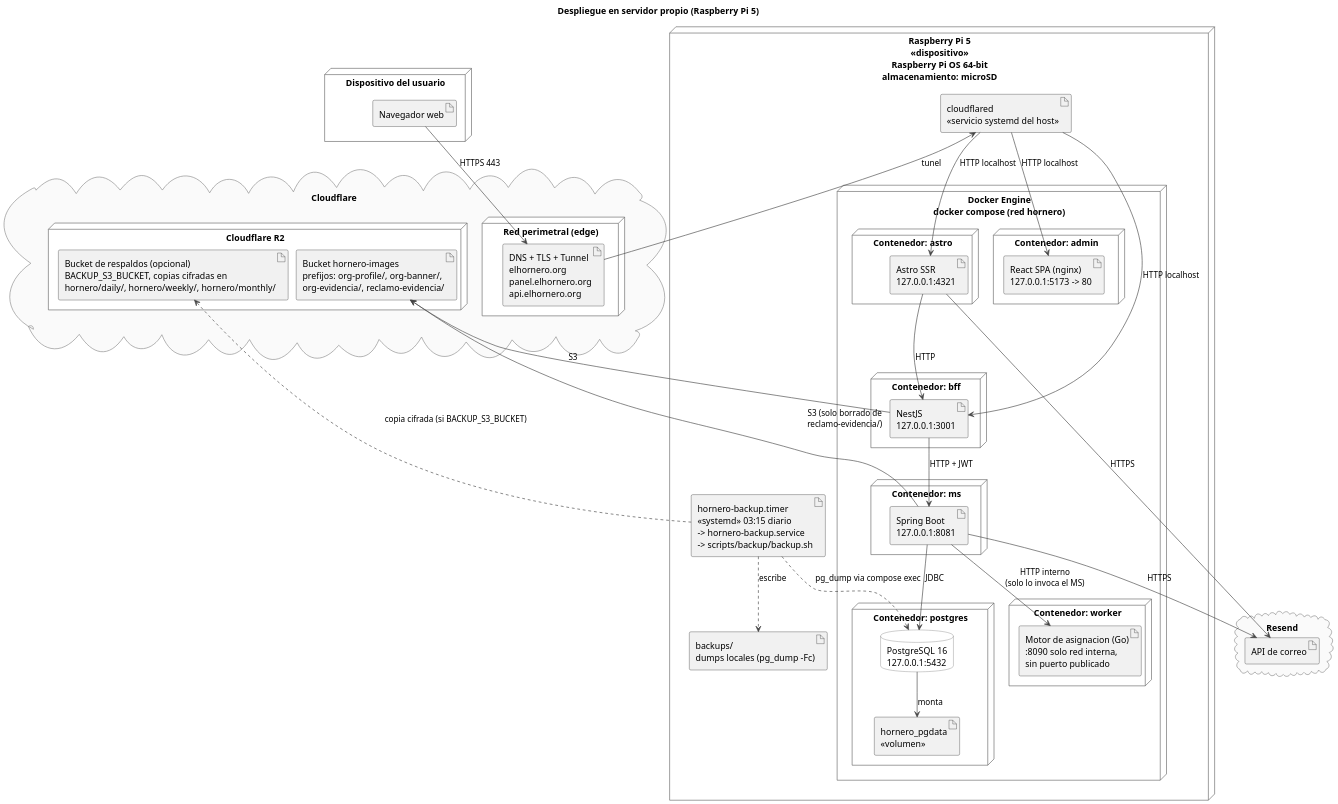
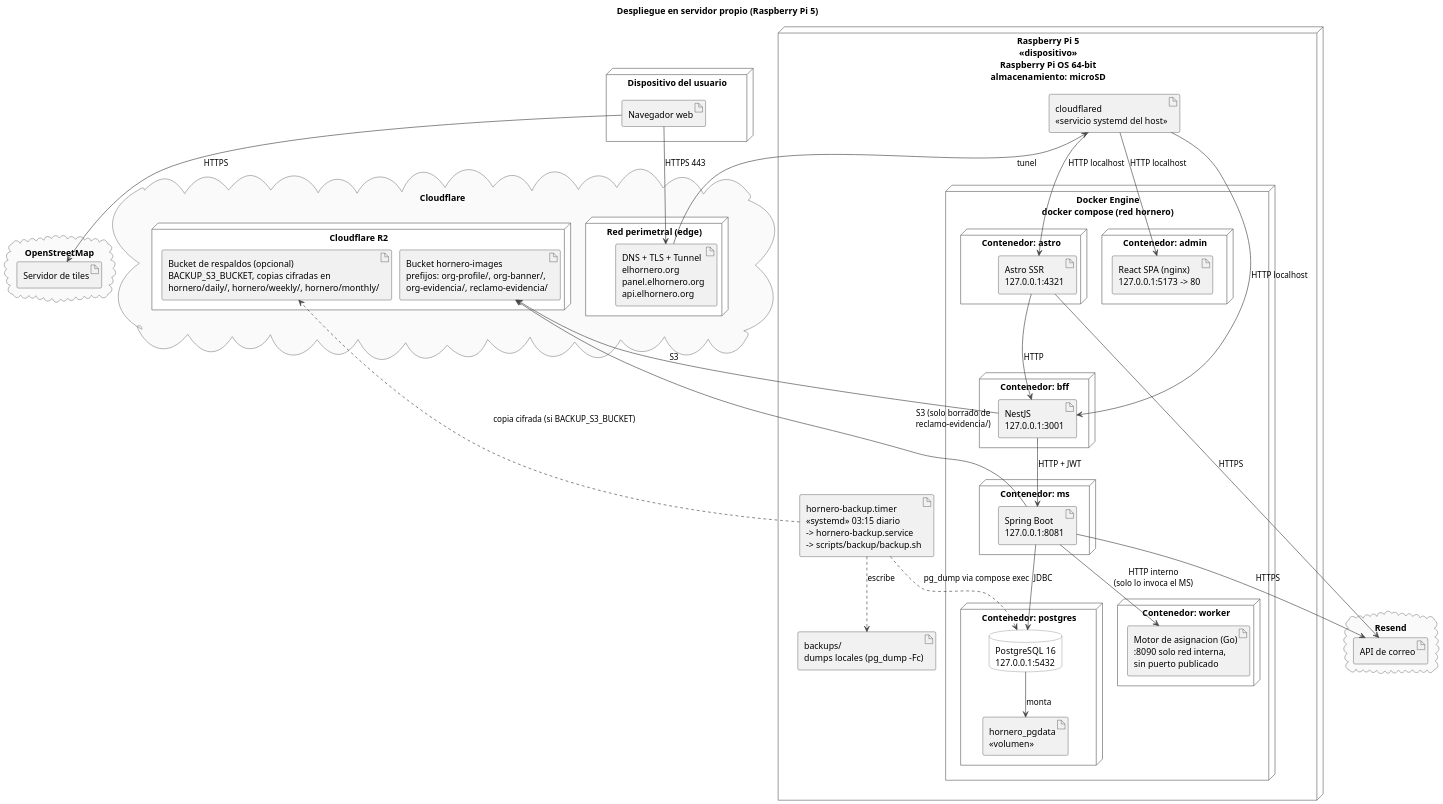
One commit to S21-Projects/hornero_monorepo changed the diagram in docs/tfg/diagramas/despliegue-rpi.puml. Above: the diagram before and after it, drawn with PlantUML. The commit also changed 7 other files, not shown here.

Commit message:
docs(tfg): add map tiles and evidence deletion to architecture diagrams

```diff
--- a/docs/tfg/diagramas/despliegue-rpi.puml
+++ b/docs/tfg/diagramas/despliegue-rpi.puml
@@ -1,94 +1,99 @@
 @startuml
 title Despliegue en servidor propio (Raspberry Pi 5)
 skinparam shadowing false
 skinparam defaultFontName Helvetica
 skinparam dpi 150
 skinparam ArrowColor #444444
 skinparam nodesep 12
 skinparam ranksep 30
 skinparam node {
   BackgroundColor #FFFFFF
   BorderColor #666666
 }
 skinparam database {
   BackgroundColor #FFFFFF
   BorderColor #666666
 }
 skinparam cloud {
   BackgroundColor #FAFAFA
   BorderColor #888888
 }
 
 node "Dispositivo del usuario" as cliente {
   artifact "Navegador web" as navegador
 }
 
 cloud "Cloudflare" as cf {
   node "Red perimetral (edge)" as edge {
     artifact "DNS + TLS + Tunnel\nelhornero.org\npanel.elhornero.org\napi.elhornero.org" as tunnel
   }
   node "Cloudflare R2" as r2 {
     artifact "Bucket hornero-images\nprefijos: org-profile/, org-banner/,\norg-evidencia/, reclamo-evidencia/" as bucket
     artifact "Bucket de respaldos (opcional)\nBACKUP_S3_BUCKET, copias cifradas en\nhornero/daily/, hornero/weekly/, hornero/monthly/" as bucketBk
   }
 }
 
 cloud "Resend" as resendCloud {
   artifact "API de correo" as mailer
 }
 
+cloud "OpenStreetMap" as osm {
+  artifact "Servidor de tiles" as tiles
+}
+
 node "Raspberry Pi 5\n<<dispositivo>>\nRaspberry Pi OS 64-bit\nalmacenamiento: microSD" as pi {
 
   artifact "cloudflared\n<<servicio systemd del host>>" as cloudflared
   artifact "hornero-backup.timer\n<<systemd>> 03:15 diario\n-> hornero-backup.service\n-> scripts/backup/backup.sh" as timer
   artifact "backups/\ndumps locales (pg_dump -Fc)" as dumps
 
   node "Docker Engine\ndocker compose (red hornero)" as docker {
 
     node "Contenedor: astro" as cAstro {
       artifact "Astro SSR\n127.0.0.1:4321" as astro
     }
     node "Contenedor: admin" as cAdmin {
       artifact "React SPA (nginx)\n127.0.0.1:5173 -> 80" as admin
     }
     node "Contenedor: bff" as cBff {
       artifact "NestJS\n127.0.0.1:3001" as bff
     }
     node "Contenedor: ms" as cMs {
       artifact "Spring Boot\n127.0.0.1:8081" as ms
     }
     node "Contenedor: worker" as cWorker {
       artifact "Motor de asignacion (Go)\n:8090 solo red interna,\nsin puerto publicado" as worker
     }
     node "Contenedor: postgres" as cPg {
       database "PostgreSQL 16\n127.0.0.1:5432" as db
       artifact "hornero_pgdata\n<<volumen>>" as vol
     }
   }
 }
 
 navegador -right-> tunnel : HTTPS 443
+navegador --> tiles : HTTPS
 tunnel --> cloudflared : tunel
 cloudflared --> astro : HTTP localhost
 cloudflared --> admin : HTTP localhost
 cloudflared --> bff : HTTP localhost
 
 astro --> bff : HTTP
 bff --> ms : HTTP + JWT
 ms --> db : JDBC
 ms --> worker : HTTP interno\n(solo lo invoca el MS)
 db --> vol : monta
 
 bff -up-> bucket : S3
 ms --> bucket : S3 (solo borrado de\nreclamo-evidencia/)
 ms --> mailer : HTTPS
 astro --> mailer : HTTPS
 
 timer ..> db : pg_dump via compose exec
 timer ..> dumps : escribe
 timer ..> bucketBk : copia cifrada (si BACKUP_S3_BUCKET)
 
 cliente -[hidden]down- cf
 cf -[hidden]down- pi
 
 @enduml
```
